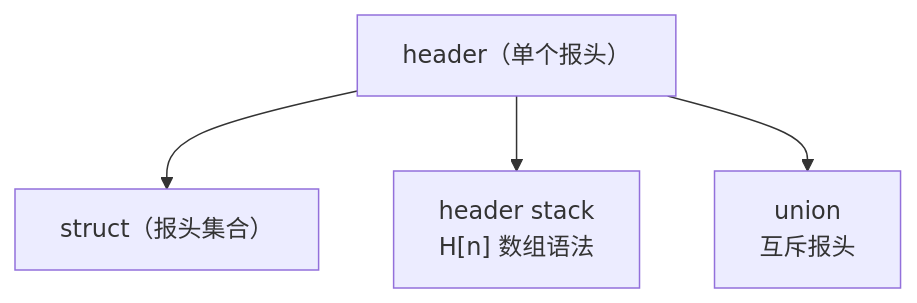
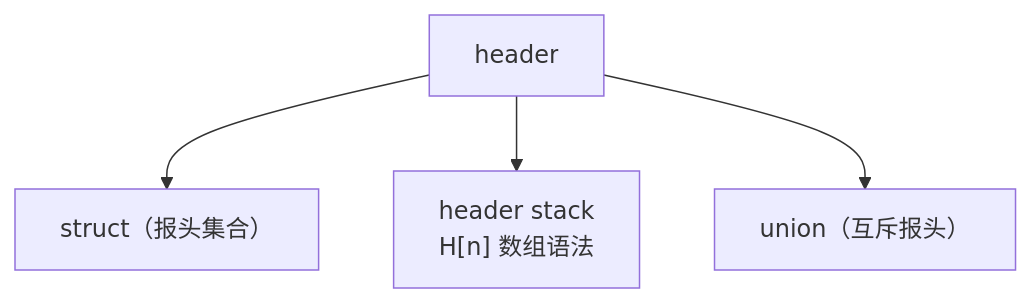
The first of 4 diagrams in src/content/blog/P4/p4-02-language-core.mdx (Sukkk-zcy/Sukkk-zcy.github.io), drawn with Mermaid before and after one commit. The commit also changed other lines of this file and 2 other files, not shown here.

````diff
--- a/src/content/blog/P4/p4-02-language-core.mdx
+++ b/src/content/blog/P4/p4-02-language-core.mdx
@@ -145,6 +131,6 @@
 ```mermaid
 flowchart TD
-    H["header（单个报头）"] --> S["struct（报头集合）"]
+    H["header"] --> S["struct（报头集合）"]
     H --> ST["header stack<br/>H[n] 数组语法"]
-    H --> U["union<br/>互斥报头"]
+    H --> U["union（互斥报头）"]
 ```
````
